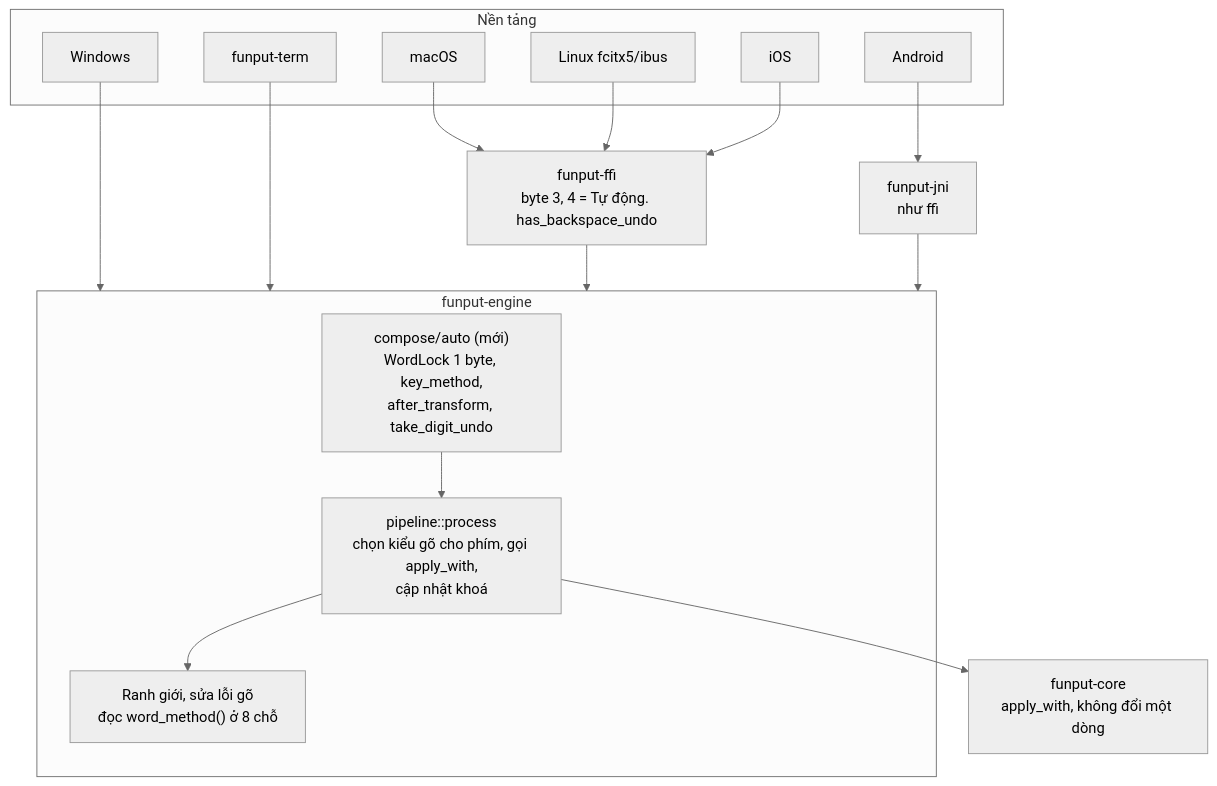
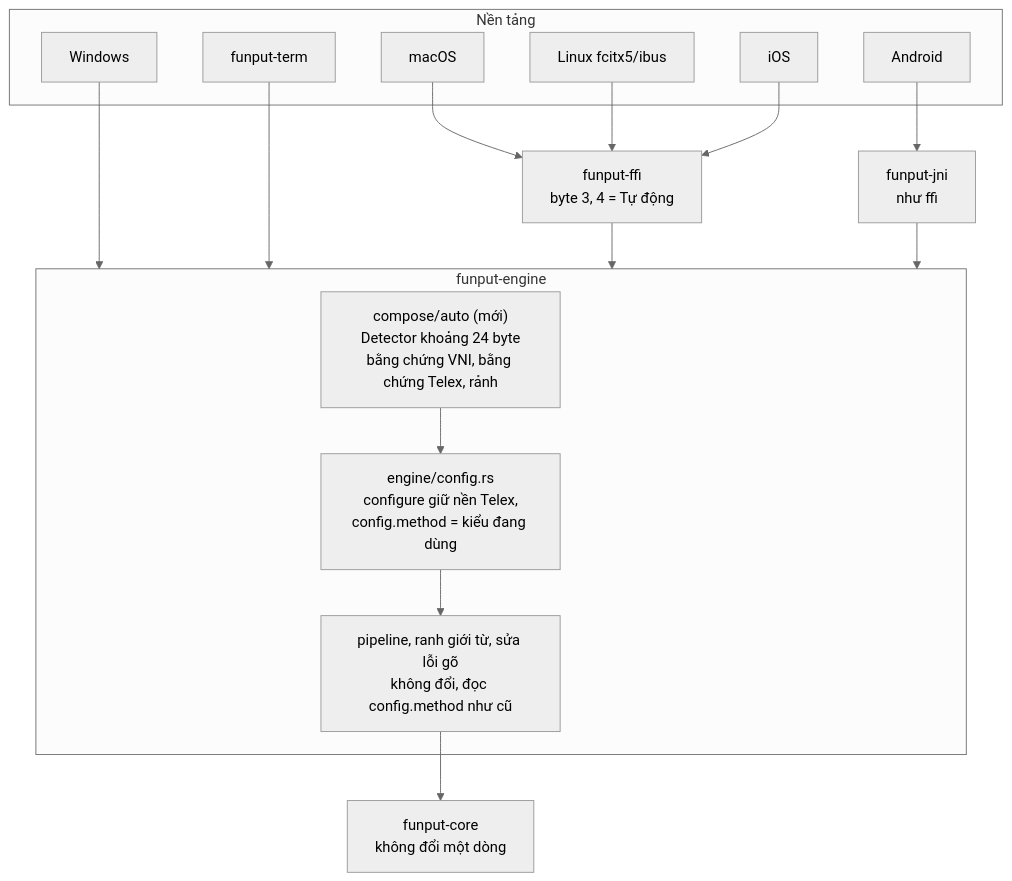
The second of 2 diagrams in docs/features/auto-typing-method.md (Funput/Funput), drawn with Mermaid (neutral theme) before and after one commit. The commit also changed other lines of this file, not shown here.

First line of the commit message:
Redesign the auto typing method as per-session detection

````diff
--- a/docs/features/auto-typing-method.md
+++ b/docs/features/auto-typing-method.md
@@ -99,29 +162,29 @@
 ```mermaid
 flowchart TD
     subgraph Hosts["Nền tảng"]
         macOS
         Linux["Linux fcitx5/ibus"]
         iOS
         Android
         Windows
         Term["funput-term"]
     end
-    FFI["funput-ffi<br/>byte 3, 4 = Tự động. has_backspace_undo"]
+    FFI["funput-ffi<br/>byte 3, 4 = Tự động"]
     JNI["funput-jni<br/>như ffi"]
     subgraph Engine["funput-engine"]
-        Auto["compose/auto (mới)<br/>WordLock 1 byte, key_method,<br/>after_transform, take_digit_undo"]
-        Pipeline["pipeline::process<br/>chọn kiểu gõ cho phím, gọi apply_with,<br/>cập nhật khoá"]
-        Boundary["Ranh giới, sửa lỗi gõ<br/>đọc word_method() ở 8 chỗ"]
-        Auto --> Pipeline --> Boundary
+        Detect["compose/auto (mới)<br/>Detector khoảng 24 byte<br/>bằng chứng VNI, bằng chứng Telex, rảnh"]
+        Config["engine/config.rs<br/>configure giữ nền Telex,<br/>config.method = kiểu đang dùng"]
+        Rest["pipeline, ranh giới từ, sửa lỗi gõ<br/>không đổi, đọc config.method như cũ"]
+        Detect --> Config --> Rest
     end
-    Core["funput-core<br/>apply_with, không đổi một dòng"]
+    Core["funput-core<br/>không đổi một dòng"]
     macOS --> FFI
     Linux --> FFI
     iOS --> FFI
     Android --> JNI
     Windows --> Engine
     Term --> Engine
     FFI --> Engine
     JNI --> Engine
-    Pipeline --> Core
+    Rest --> Core
 ```
````
